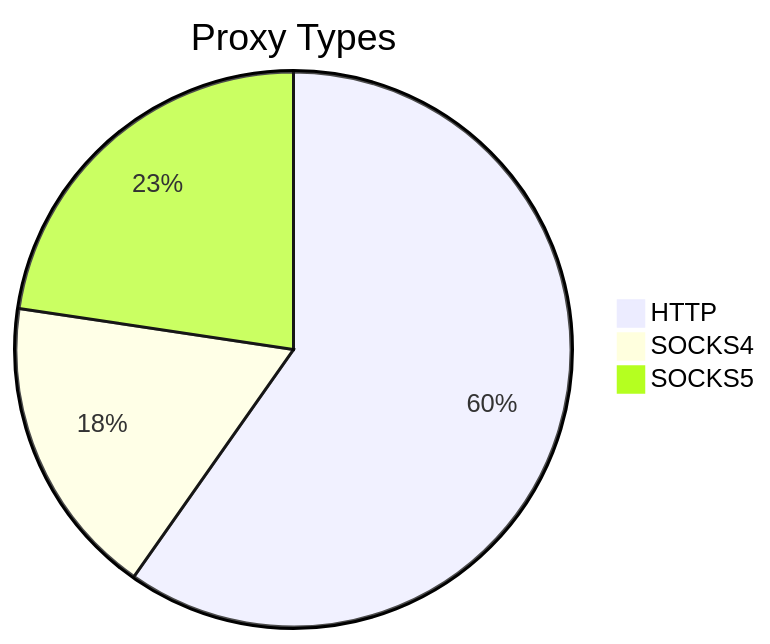
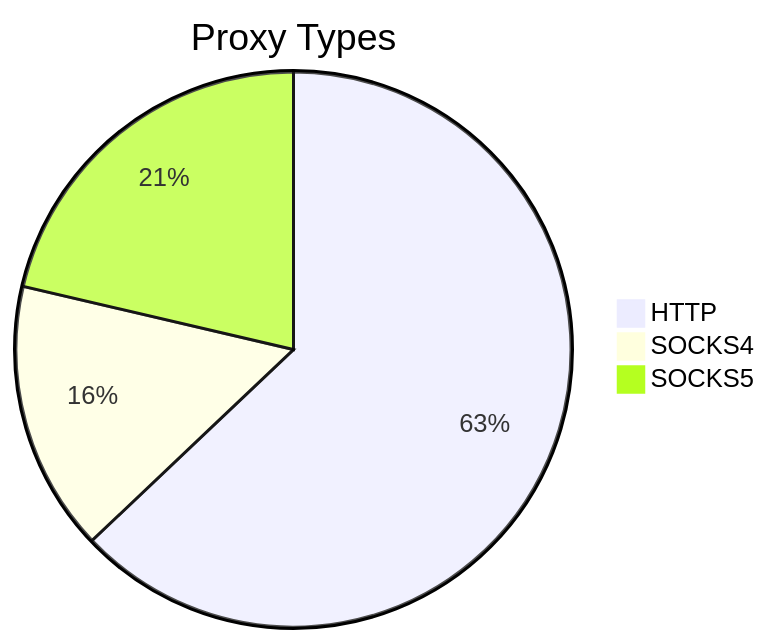
One commit to stormsia/proxy-list changed the first of 2 diagrams in README.md. Above: the diagram before and after it, drawn with Mermaid. The commit also changed other lines of this file, not shown here.

````diff
--- a/README.md
+++ b/README.md
@@ -21,6 +21,6 @@
 ```mermaid
 pie title Proxy Types
-    "HTTP" : 95
-    "SOCKS4" : 28
-    "SOCKS5" : 36
+    "HTTP" : 56
+    "SOCKS4" : 14
+    "SOCKS5" : 19
 ```
````
